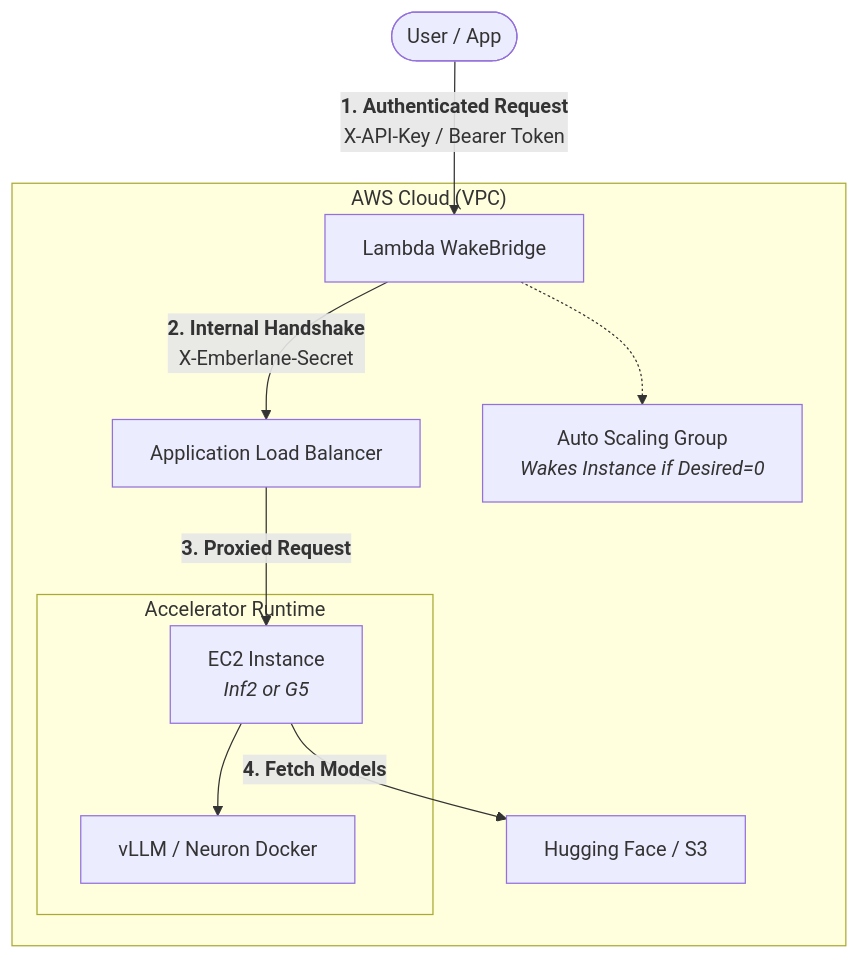
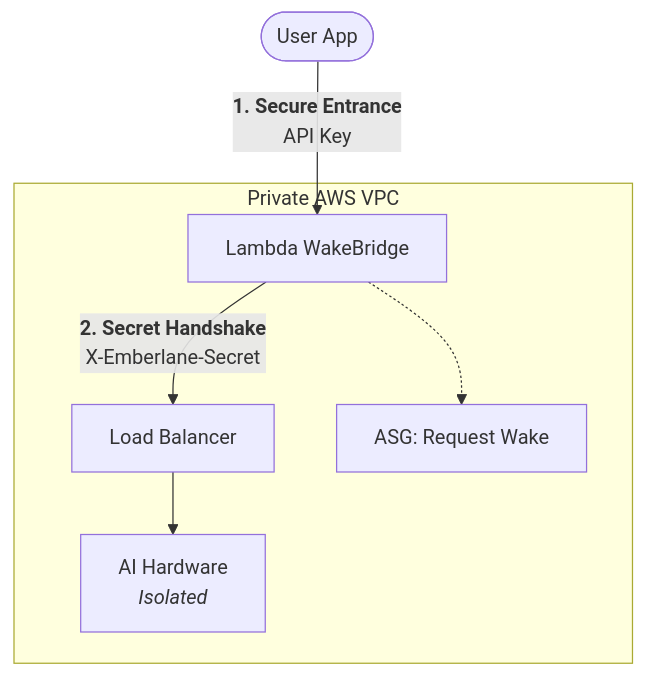
One commit to anishk123/emberlane changed the diagram in README.md. Above: the diagram before and after it, drawn with Mermaid. The commit also changed other lines of this file and 1 other file, not shown here.

Commit message:
feat: high-octane launch version with Inf2 stability fixes

````diff
--- a/README.md
+++ b/README.md
@@ -292,17 +49,9 @@
 ```mermaid
 graph TD
-    Client([User / App]) -- "<b>1. Authenticated Request</b><br/>X-API-Key / Bearer Token" --> Lambda[Lambda WakeBridge]
-    
-    subgraph "AWS Cloud (VPC)"
-        Lambda -- "<b>2. Internal Handshake</b><br/>X-Emberlane-Secret" --> ALB[Application Load Balancer]
-        Lambda -.-> ASG[Auto Scaling Group <br/><i>Wakes Instance if Desired=0</i>]
-        
-        ALB -- "<b>3. Proxied Request</b>" --> EC2[EC2 Instance <br/><i>Inf2 or G5</i>]
-        
-        subgraph "Accelerator Runtime"
-            EC2 --> Docker[vLLM / Neuron Docker]
-        end
-        
-        EC2 -- "<b>4. Fetch Models</b>" --> S3[Hugging Face / S3]
+    Client([User App]) -- "<b>1. Secure Entrance</b><br/>API Key" --> Lambda[Lambda WakeBridge]
+    subgraph "Private AWS VPC"
+        Lambda -- "<b>2. Secret Handshake</b><br/>X-Emberlane-Secret" --> ALB[Load Balancer]
+        Lambda -.-> ASG[ASG: Request Wake]
+        ALB --> EC2[AI Hardware <br/><i>Isolated</i>]
     end
 ```
````
